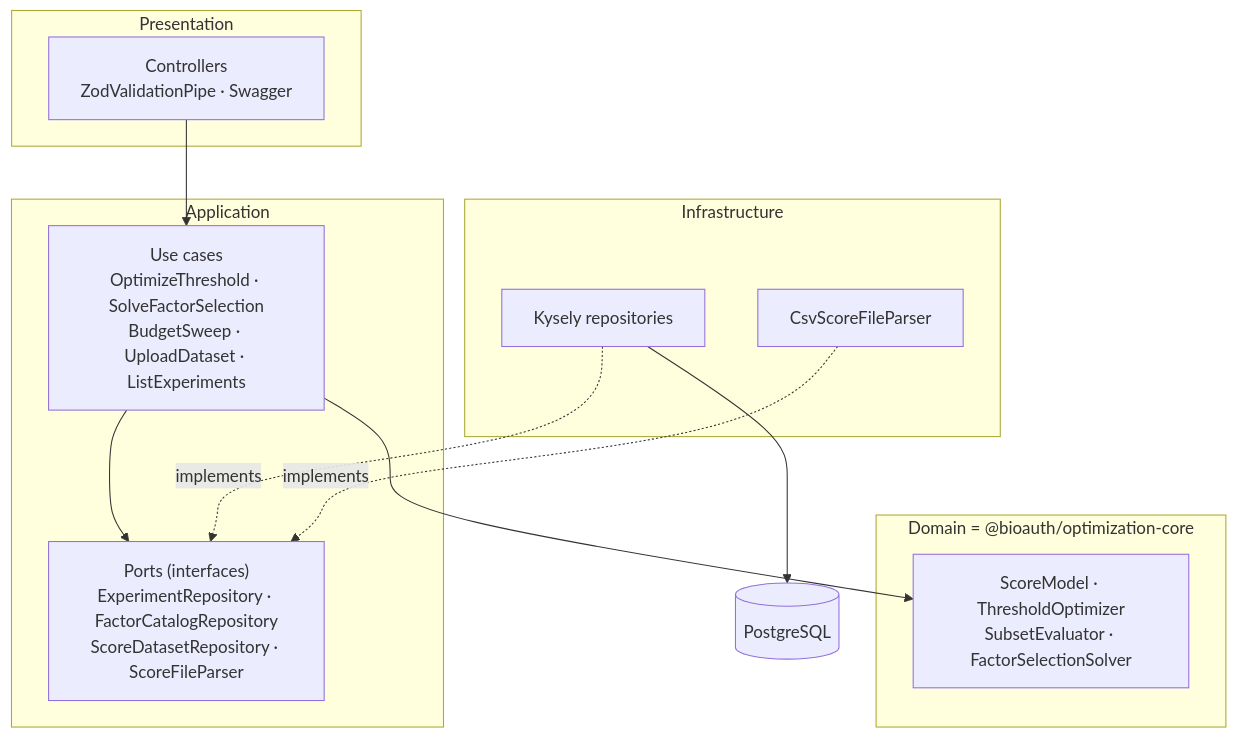
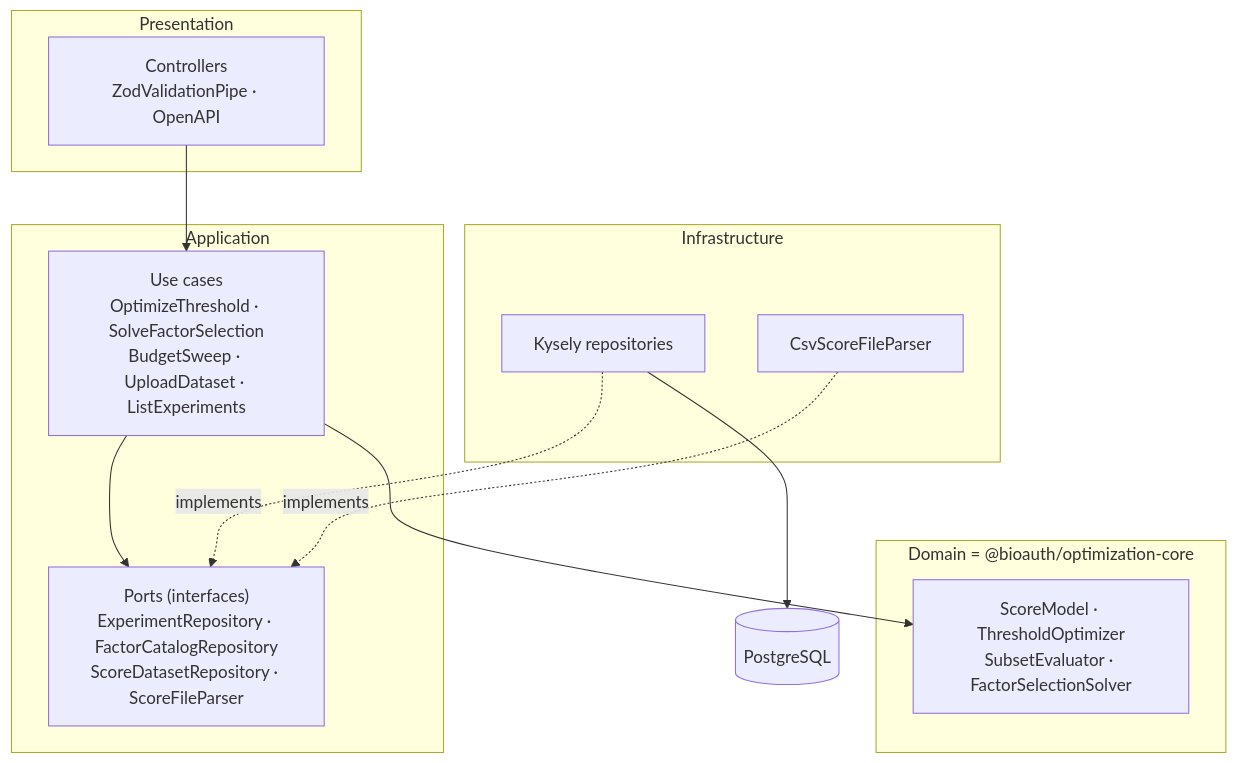
One commit to DcNi3L/bioauth-optimizer changed the fifth of 9 diagrams in docs/03-architecture.md. Above: the diagram before and after it, drawn with Mermaid. The commit also changed other lines of this file and 40 other files, not shown here.

First line of the commit message:
feat(api): справочник API на Scalar вместо Swagger UI (3.1.2)

````diff
--- a/docs/03-architecture.md
+++ b/docs/03-architecture.md
@@ -194,23 +194,23 @@
 ```mermaid
 flowchart TB
   subgraph P["Presentation"]
-    C["Controllers<br/>ZodValidationPipe · Swagger"]
+    C["Controllers<br/>ZodValidationPipe · OpenAPI"]
   end
   subgraph A["Application"]
     UC["Use cases<br/>OptimizeThreshold · SolveFactorSelection<br/>BudgetSweep · UploadDataset · ListExperiments"]
     PORTS["Ports (interfaces)<br/>ExperimentRepository · FactorCatalogRepository<br/>ScoreDatasetRepository · ScoreFileParser"]
   end
   subgraph D["Domain = @bioauth/optimization-core"]
     CORE["ScoreModel · ThresholdOptimizer<br/>SubsetEvaluator · FactorSelectionSolver"]
   end
   subgraph I["Infrastructure"]
     REPO["Kysely repositories"]
     CSV["CsvScoreFileParser"]
   end
   C --> UC
   UC --> CORE
   UC --> PORTS
   REPO -.implements.-> PORTS
   CSV -.implements.-> PORTS
   REPO --> DB[(PostgreSQL)]
 ```
````
